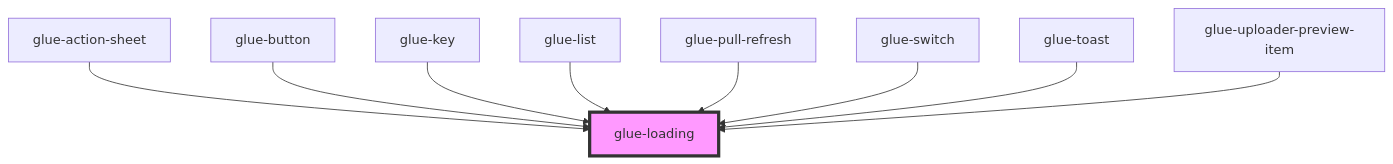
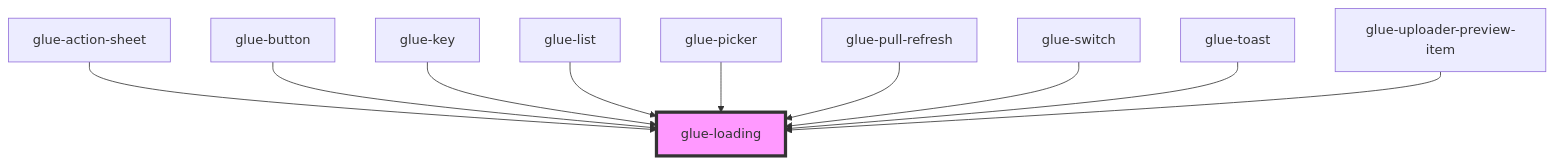
Before and after one commit to grasilife/glue: the diagram in packages/glue-components/src/components/glue-loading/readme.md, drawn with Mermaid. The commit also changed other lines of this file and 23 other files, not shown here.

````diff
--- a/packages/glue-components/src/components/glue-loading/readme.md
+++ b/packages/glue-components/src/components/glue-loading/readme.md
@@ -35,12 +36,13 @@
 ```mermaid
 graph TD;
   glue-action-sheet --> glue-loading
   glue-button --> glue-loading
   glue-key --> glue-loading
   glue-list --> glue-loading
+  glue-picker --> glue-loading
   glue-pull-refresh --> glue-loading
   glue-switch --> glue-loading
   glue-toast --> glue-loading
   glue-uploader-preview-item --> glue-loading
   style glue-loading fill:#f9f,stroke:#333,stroke-width:4px
 ```
````
